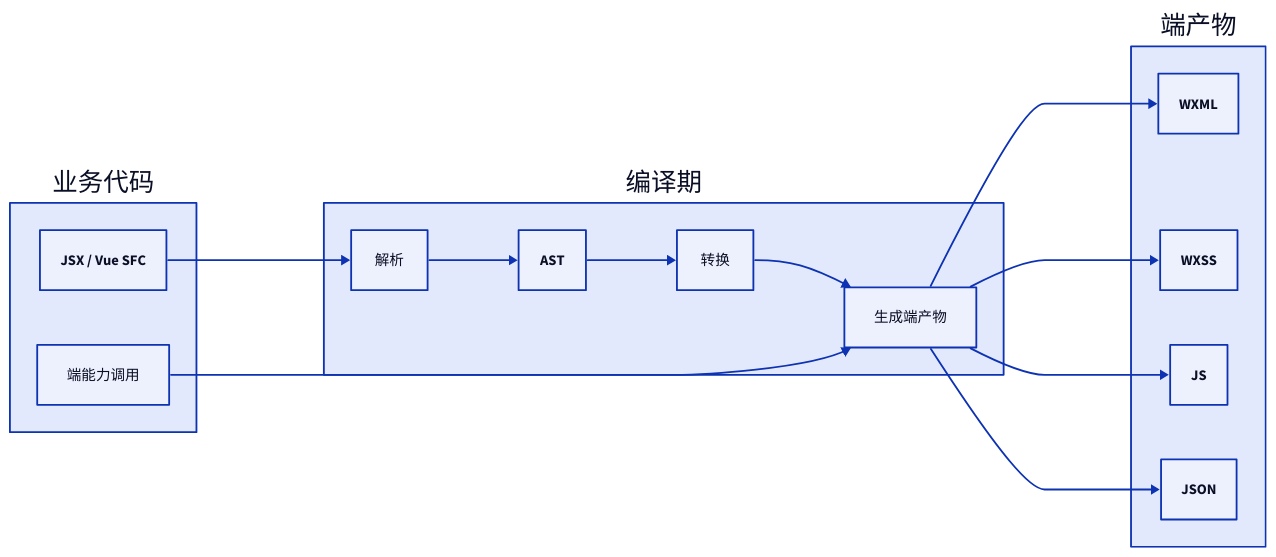
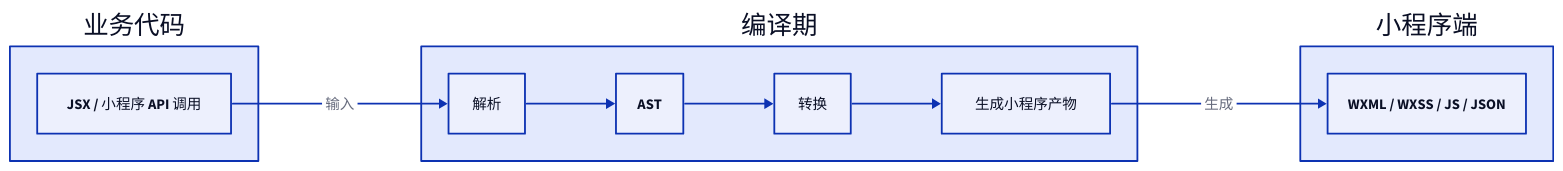
The first of 16 diagrams in apps/docs/experiences/微信小程序/Taro 原理与实践.md (youngluo/thinking), drawn with D2 before and after one commit. The commit also changed other lines of this file and 1 other file, not shown here.

````diff
--- a/apps/docs/experiences/微信小程序/Taro 原理与实践.md
+++ b/apps/docs/experiences/微信小程序/Taro 原理与实践.md
@@ -16,36 +18,29 @@
 ```d2
 direction: right
 
 source: 业务代码 {
   class: group
 
-  jsx: JSX / Vue SFC
-  api: 端能力调用
+  input: JSX / 小程序 API 调用
 }
 
 compile: 编译期 {
   class: group
 
   parse: 解析
   ast: AST
   transform: 转换
-  emit: 生成端产物
+  emit: 生成小程序产物
+
+  parse -> ast -> transform -> emit
 }
 
-target: 端产物 {
+target: 小程序端 {
   class: group
 
-  wxml: WXML
-  wxss: WXSS
-  js: JS
-  json: JSON
+  files: WXML / WXSS / JS / JSON
 }
 
-source.jsx -> compile.parse -> compile.ast
-compile.ast -> compile.transform -> compile.emit
-source.api -> compile.emit
-compile.emit -> target.wxml
-compile.emit -> target.wxss
-compile.emit -> target.js
-compile.emit -> target.json
+source.input -> compile.parse: 输入
+compile.emit -> target.files: 生成
 ```
````
